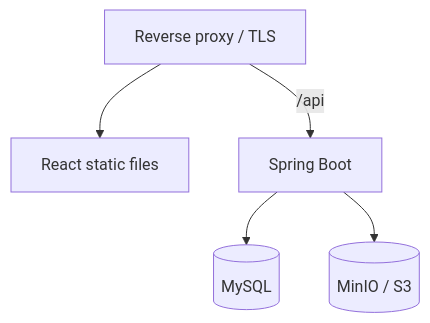
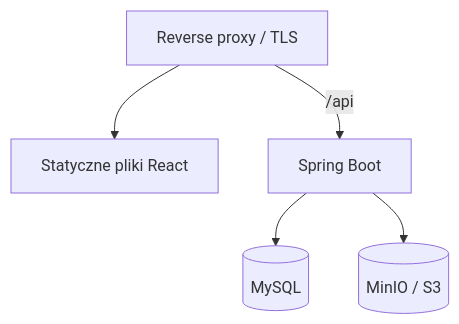
Before and after one commit to diana11diana/MKDprojekt: the third of 3 diagrams in docs/02-architecture.md, drawn with Mermaid. The commit also changed other lines of this file and 40 other files, not shown here.

````diff
--- a/docs/02-architecture.md
+++ b/docs/02-architecture.md
@@ -200,13 +200,13 @@
 ```mermaid
 flowchart TB
     Proxy[Reverse proxy / TLS]
-    Frontend[React static files]
+    Frontend[Statyczne pliki React]
     Backend[Spring Boot]
     MySQL[(MySQL)]
     MinIO[(MinIO / S3)]
 
     Proxy --> Frontend
     Proxy -->|/api| Backend
     Backend --> MySQL
     Backend --> MinIO
 ```
````
